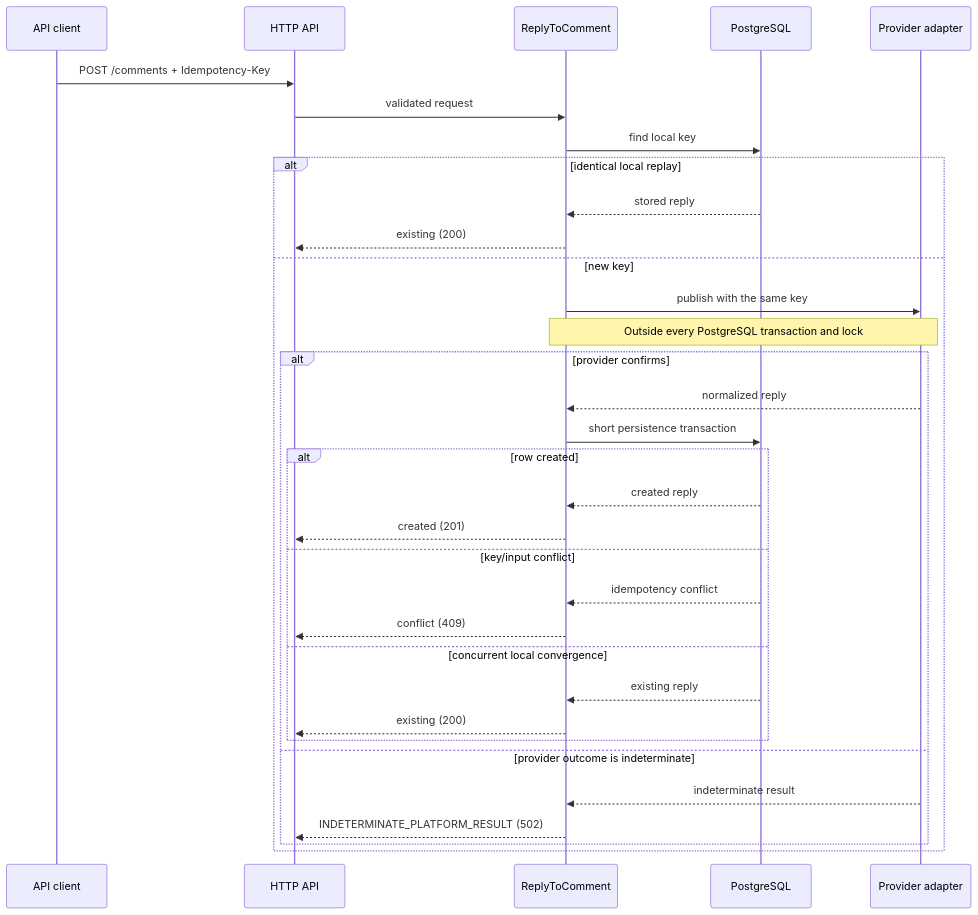
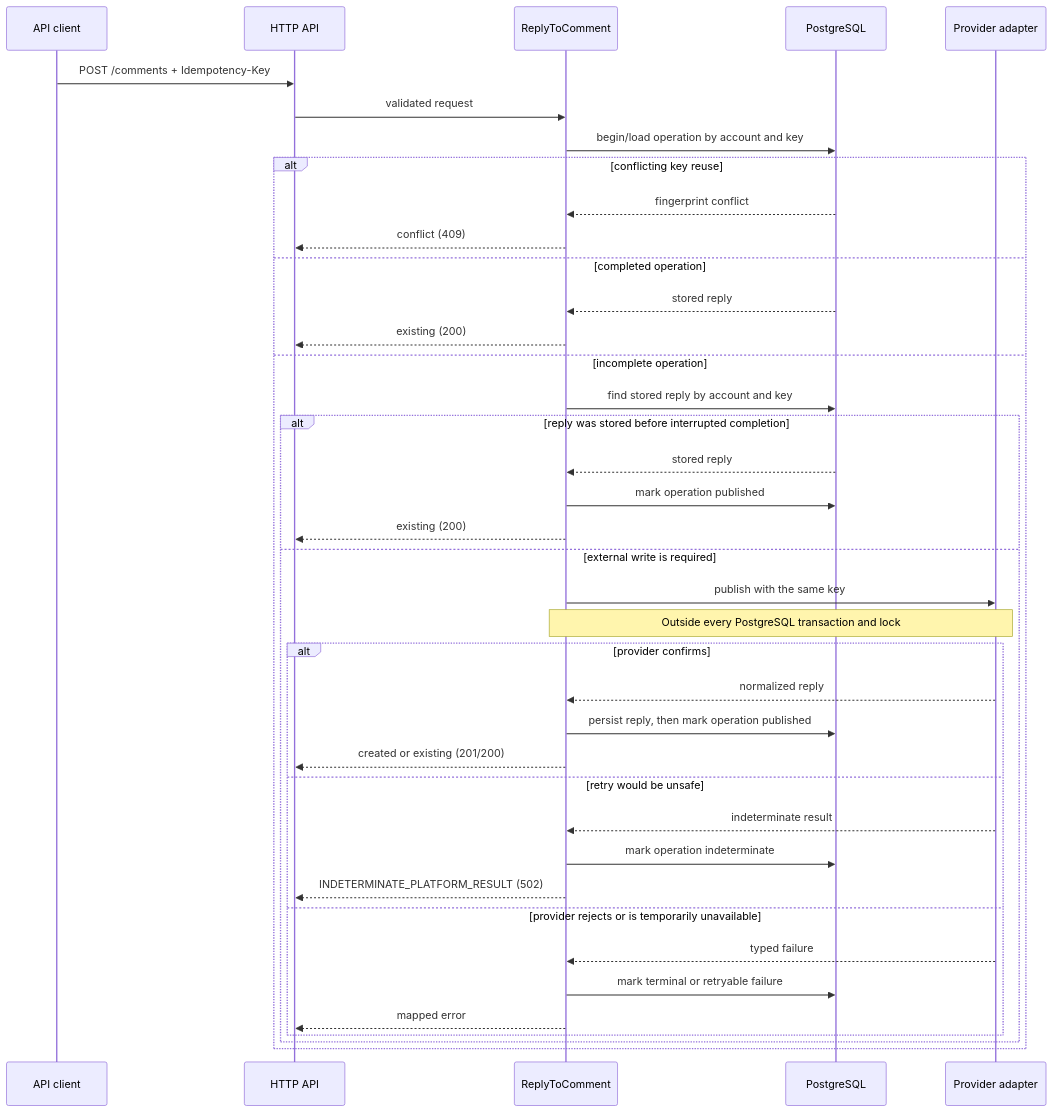
Before and after one commit to dogmator/threadbridge: the second of 2 diagrams in README.md, drawn with Mermaid. The commit also changed other lines of this file and 42 other files, not shown here.

````diff
--- a/README.md
+++ b/README.md
@@ -87,36 +96,42 @@
 ```mermaid
 sequenceDiagram
     participant Client as API client
     participant HTTP as HTTP API
     participant UseCase as ReplyToComment
     participant DB as PostgreSQL
     participant Provider as Provider adapter
 
     Client->>HTTP: POST /comments + Idempotency-Key
     HTTP->>UseCase: validated request
-    UseCase->>DB: find local key
-    alt identical local replay
+    UseCase->>DB: begin/load operation by account and key
+    alt conflicting key reuse
+        DB-->>UseCase: fingerprint conflict
+        UseCase-->>HTTP: conflict (409)
+    else completed operation
         DB-->>UseCase: stored reply
         UseCase-->>HTTP: existing (200)
-    else new key
-        UseCase->>Provider: publish with the same key
-        Note over UseCase,Provider: Outside every PostgreSQL transaction and lock
-        alt provider confirms
-            Provider-->>UseCase: normalized reply
-            UseCase->>DB: short persistence transaction
-            alt row created
-                DB-->>UseCase: created reply
-                UseCase-->>HTTP: created (201)
-            else key/input conflict
-                DB-->>UseCase: idempotency conflict
-                UseCase-->>HTTP: conflict (409)
-            else concurrent local convergence
-                DB-->>UseCase: existing reply
-                UseCase-->>HTTP: existing (200)
+    else incomplete operation
+        UseCase->>DB: find stored reply by account and key
+        alt reply was stored before interrupted completion
+            DB-->>UseCase: stored reply
+            UseCase->>DB: mark operation published
+            UseCase-->>HTTP: existing (200)
+        else external write is required
+            UseCase->>Provider: publish with the same key
+            Note over UseCase,Provider: Outside every PostgreSQL transaction and lock
+            alt provider confirms
+                Provider-->>UseCase: normalized reply
+                UseCase->>DB: persist reply, then mark operation published
+                UseCase-->>HTTP: created or existing (201/200)
+            else retry would be unsafe
+                Provider-->>UseCase: indeterminate result
+                UseCase->>DB: mark operation indeterminate
+                UseCase-->>HTTP: INDETERMINATE_PLATFORM_RESULT (502)
+            else provider rejects or is temporarily unavailable
+                Provider-->>UseCase: typed failure
+                UseCase->>DB: mark terminal or retryable failure
+                UseCase-->>HTTP: mapped error
             end
-        else provider outcome is indeterminate
-            Provider-->>UseCase: indeterminate result
-            UseCase-->>HTTP: INDETERMINATE_PLATFORM_RESULT (502)
         end
     end
 ```
````
